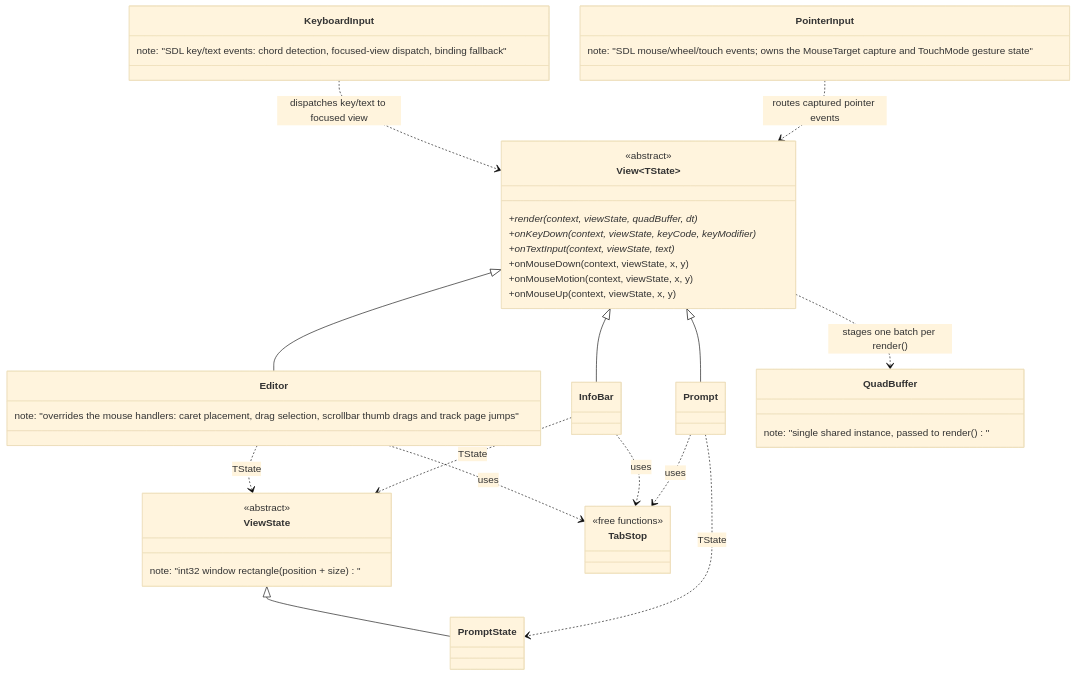
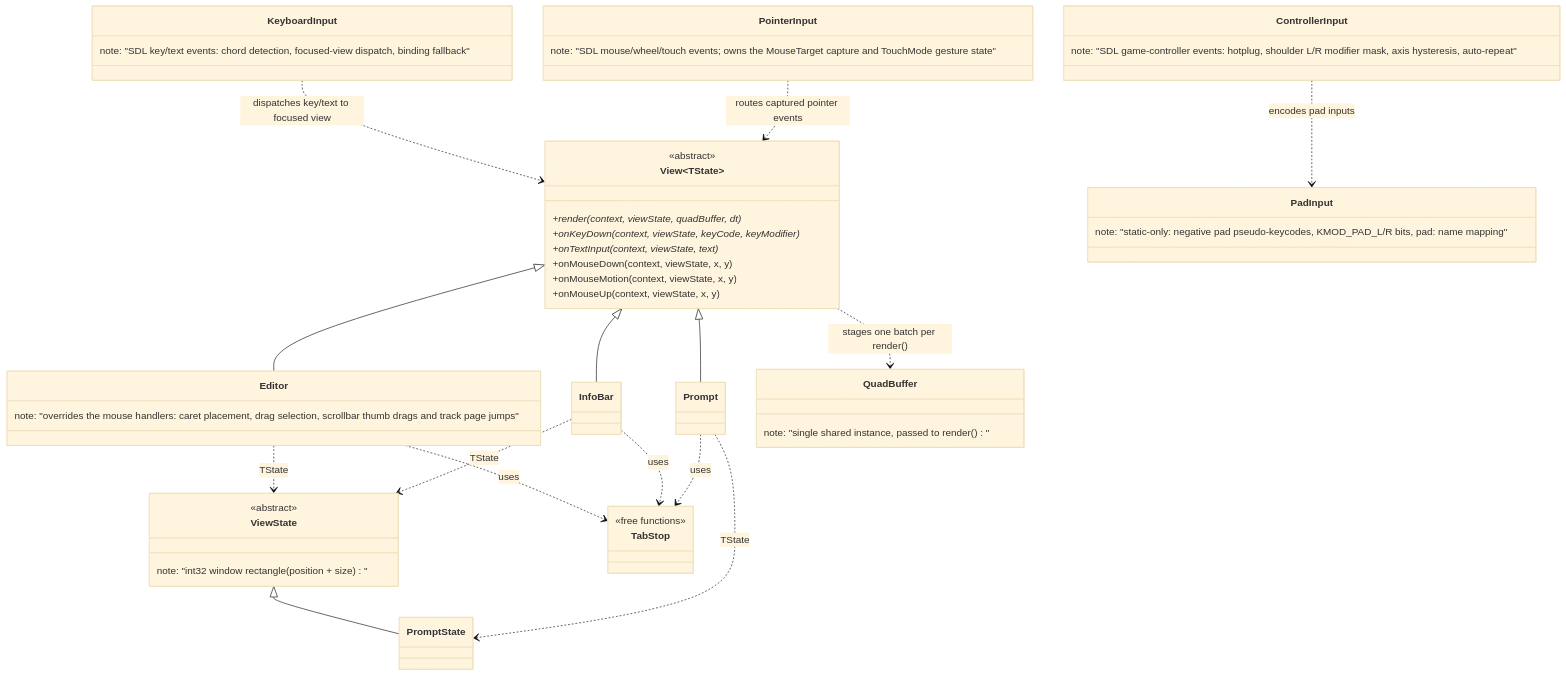
The eighth of 10 diagrams in docs/class_diagram.md (notnotme/bbloc), drawn with Mermaid (base theme) before and after one commit. The commit also changed other lines of this file and 16 other files, not shown here.

Commit message:
Add game controller support

````diff
--- a/docs/class_diagram.md
+++ b/docs/class_diagram.md
@@ -241,48 +241,55 @@
 ```mermaid
 classDiagram
     class ViewState {
         <<abstract>>
         note: "int32 window rectangle (position + size)"
     }
     class PromptState
     class View~TState~ {
         <<abstract>>
         +render(context, viewState, quadBuffer, dt)*
         +onKeyDown(context, viewState, keyCode, keyModifier)*
         +onTextInput(context, viewState, text)*
         +onMouseDown(context, viewState, x, y)
         +onMouseMotion(context, viewState, x, y)
         +onMouseUp(context, viewState, x, y)
     }
     class Editor {
         note: "overrides the mouse handlers: caret placement, drag selection, scrollbar thumb drags and track page jumps"
     }
     class InfoBar
     class Prompt
     class QuadBuffer {
         note: "single shared instance, passed to render()"
     }
     class TabStop {
         <<free functions>>
     }
     class KeyboardInput {
         note: "SDL key/text events: chord detection, focused-view dispatch, binding fallback"
     }
     class PointerInput {
         note: "SDL mouse/wheel/touch events; owns the MouseTarget capture and TouchMode gesture state"
     }
+    class ControllerInput {
+        note: "SDL game-controller events: hotplug, shoulder L/R modifier mask, axis hysteresis, auto-repeat"
+    }
+    class PadInput {
+        note: "static-only: negative pad pseudo-keycodes, KMOD_PAD_L/R bits, pad: name mapping"
+    }
 
     ViewState <|-- PromptState
     View~TState~ <|-- Editor
     View~TState~ <|-- InfoBar
     View~TState~ <|-- Prompt
     Editor ..> ViewState : TState
     InfoBar ..> ViewState : TState
     Prompt ..> PromptState : TState
     View~TState~ ..> QuadBuffer : stages one batch per render()
     Editor ..> TabStop : uses
     InfoBar ..> TabStop : uses
     Prompt ..> TabStop : uses
     KeyboardInput ..> View~TState~ : dispatches key/text to focused view
     PointerInput ..> View~TState~ : routes captured pointer events
+    ControllerInput ..> PadInput : encodes pad inputs
 ```
````
